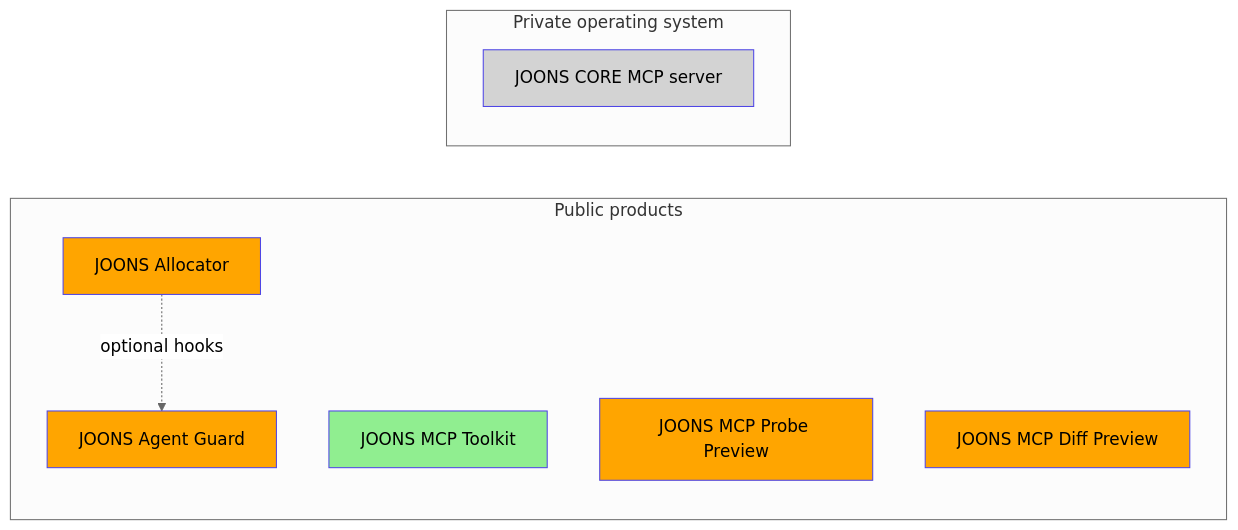
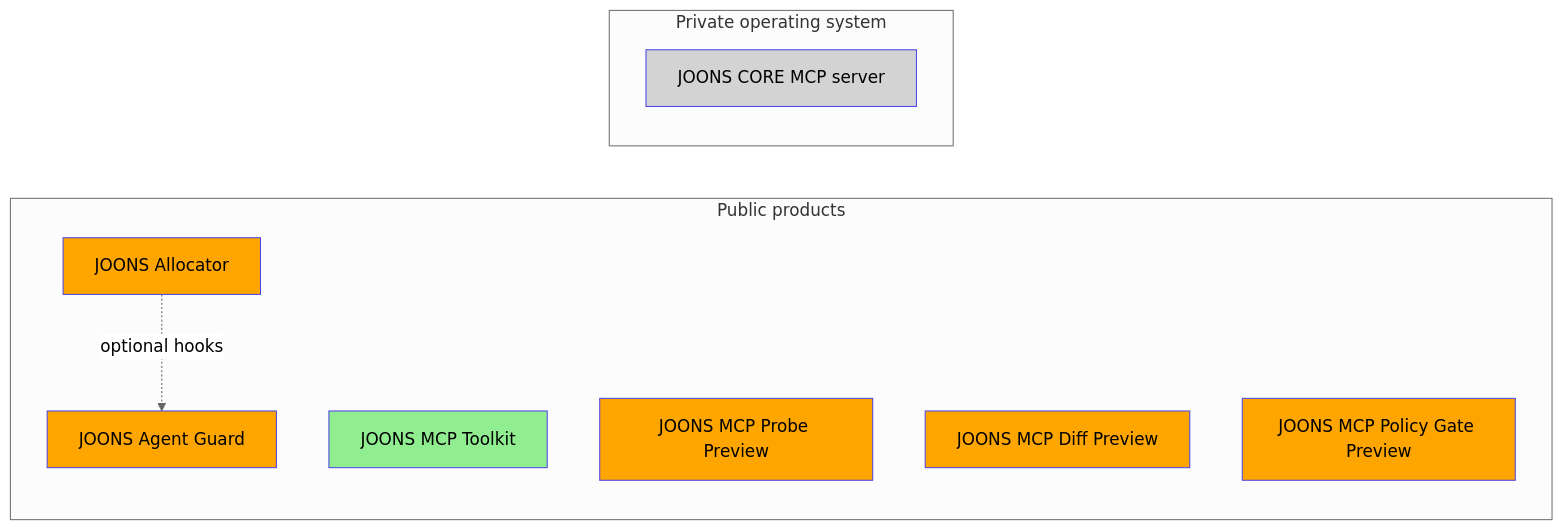
One commit to dbdefault/joons-ecosystem changed the second of 3 diagrams in docs/ARCHITECTURE.md. Above: the diagram before and after it, drawn with Mermaid (neutral theme). The commit also changed other lines of this file and 6 other files, not shown here.

Commit message:
Docs: add JOONS MCP Policy Gate v0.1.0 Preview

````diff
--- a/docs/ARCHITECTURE.md
+++ b/docs/ARCHITECTURE.md
@@ -41,22 +43,23 @@
 ```mermaid
 flowchart LR
     subgraph Public["Public products"]
         Guard["JOONS Agent Guard"]
         Allocator["JOONS Allocator"]
         Toolkit["JOONS MCP Toolkit"]
         Probe["JOONS MCP Probe Preview"]
         Diff["JOONS MCP Diff Preview"]
+        PolicyGate["JOONS MCP Policy Gate Preview"]
         Allocator -. "optional hooks" .-> Guard
     end
     subgraph Private["Private operating system"]
         CORE["JOONS CORE MCP server"]
     end
     classDef public fill:#90ee90,stroke:#4F46E5,color:#000
     classDef preview fill:#ffa500,stroke:#4F46E5,color:#000
     classDef planned fill:#add8e6,stroke:#4F46E5,color:#000
     classDef private fill:#d3d3d3,stroke:#4F46E5,color:#000
     class Toolkit public
     class Guard,Allocator preview
-    class Probe,Diff preview
+    class Probe,Diff,PolicyGate preview
     class CORE private
 ```
````
